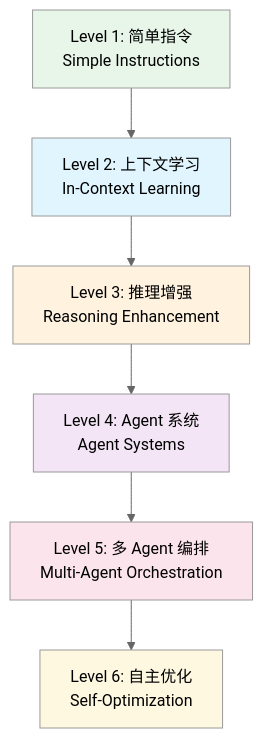
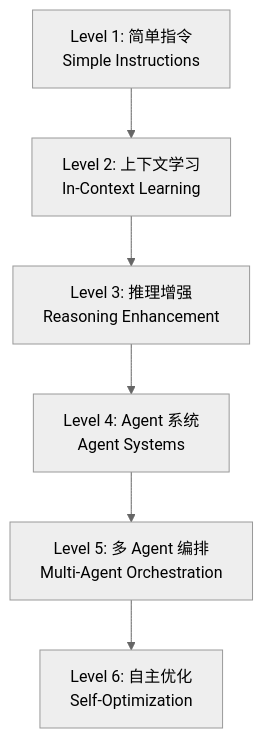
One commit to yuexiaoliang/prompt-engineering-learning changed the second of 7 diagrams in 01-introduction-zh.md. Above: the diagram before and after it, drawn with Mermaid (neutral theme). The commit also changed other lines of this file and 9 other files, not shown here.

First line of the commit message:
fix(prompt-engineering): remove hardcoded mermaid fill styles for theme auto-adaptation

````diff
--- a/01-introduction-zh.md
+++ b/01-introduction-zh.md
@@ -90,15 +90,8 @@
 ```mermaid
 graph TD
     A[Level 1: 简单指令<br/>Simple Instructions] --> B[Level 2: 上下文学习<br/>In-Context Learning]
     B --> C[Level 3: 推理增强<br/>Reasoning Enhancement]
     C --> D[Level 4: Agent 系统<br/>Agent Systems]
     D --> E[Level 5: 多 Agent 编排<br/>Multi-Agent Orchestration]
     E --> F[Level 6: 自主优化<br/>Self-Optimization]
-
-    style A fill:#e8f5e9
-    style B fill:#e1f5fe
-    style C fill:#fff3e0
-    style D fill:#f3e5f5
-    style E fill:#fce4ec
-    style F fill:#fff8e1
 ```
````
